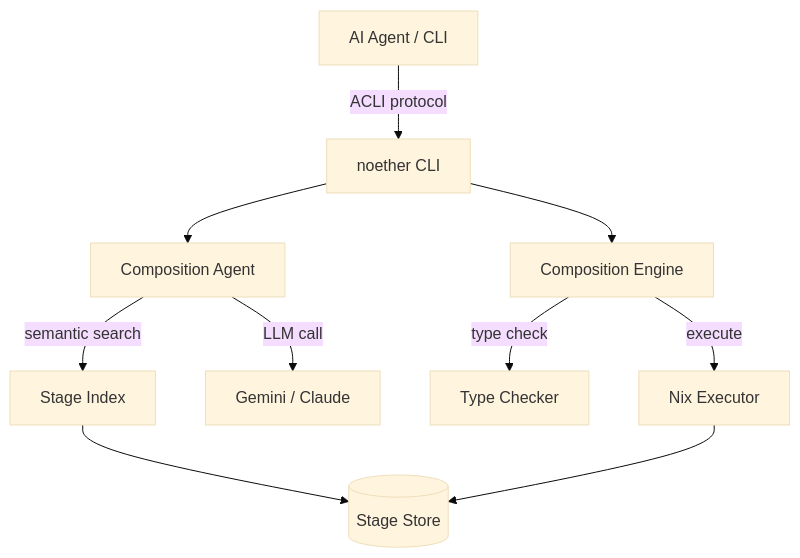
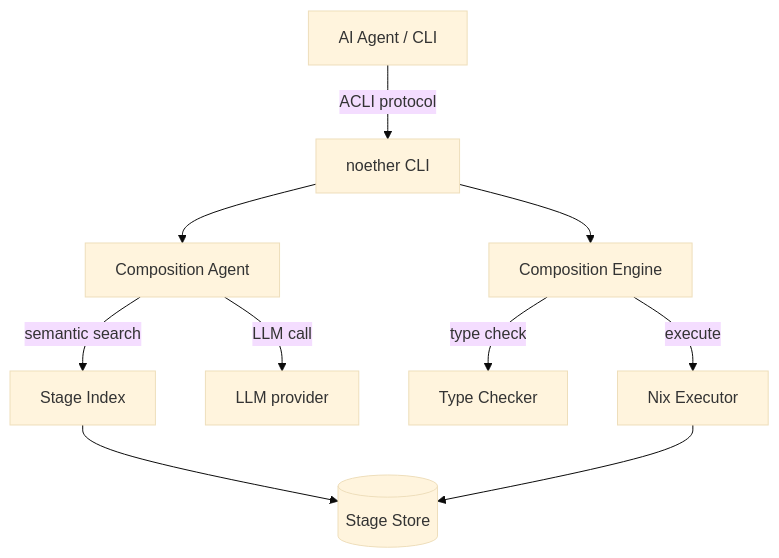
One commit to alpibrusl/noether changed the diagram in docs/index.md. Above: the diagram before and after it, drawn with Mermaid (base theme). The commit also changed other lines of this file and 9 other files, not shown here.

````diff
--- a/docs/index.md
+++ b/docs/index.md
@@ -75,12 +96,12 @@
 ```mermaid
 graph TD
     A[AI Agent / CLI] -->|ACLI protocol| B[noether CLI]
     B --> C[Composition Agent]
     B --> D[Composition Engine]
     C -->|semantic search| E[Stage Index]
-    C -->|LLM call| F[Gemini / Claude]
+    C -->|LLM call| F[LLM provider]
     D -->|type check| G[Type Checker]
     D -->|execute| H[Nix Executor]
     E --> I[(Stage Store)]
     H --> I
 ```
````
